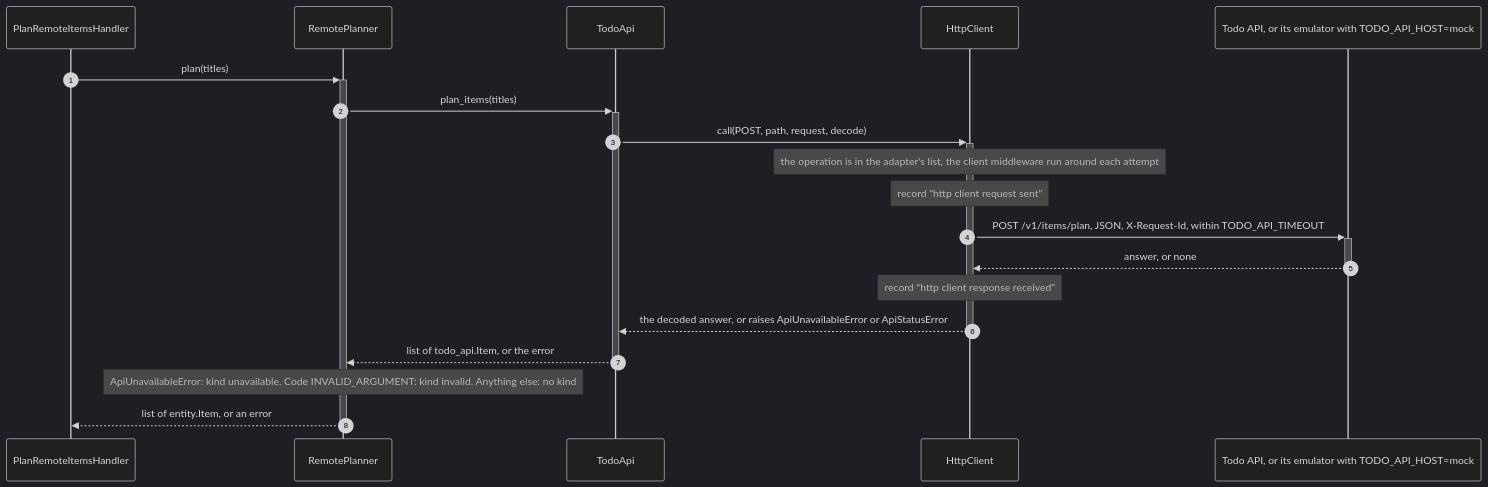
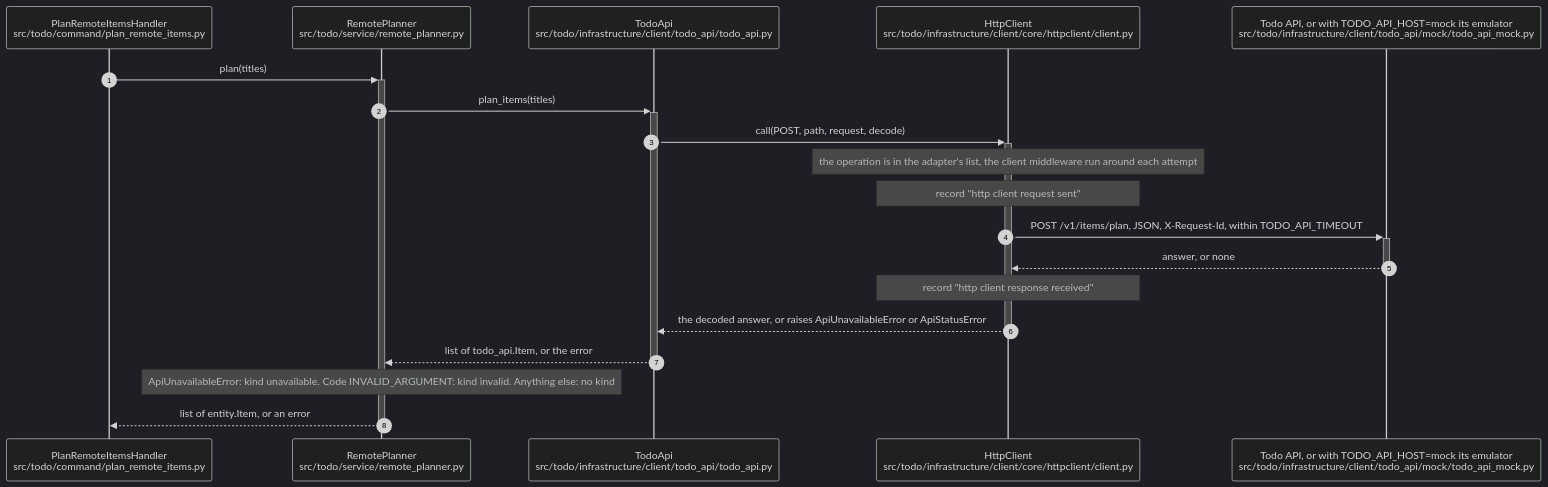
One commit to InsonusK/ai-skills changed the diagram in library/architecture/python/vp-http-client-in-python.skill/diagrams/example-flow.mmd. Above: the diagram before and after it, drawn with Mermaid (dark theme). The commit also changed 9 other files, not shown here.

Commit message:
vp-diagrams: each participant of a sequence names its real class and its file

```diff
--- a/library/architecture/python/vp-http-client-in-python.skill/diagrams/example-flow.mmd
+++ b/library/architecture/python/vp-http-client-in-python.skill/diagrams/example-flow.mmd
@@ -1,20 +1,20 @@
 sequenceDiagram
     autonumber
-    participant Handler as PlanRemoteItemsHandler
-    participant Service as RemotePlanner
-    participant Adapter as TodoApi
-    participant Client as HttpClient
-    participant API as Todo API, or its emulator with TODO_API_HOST=mock
+    participant Handler as PlanRemoteItemsHandler<br/>src/todo/command/plan_remote_items.py
+    participant Service as RemotePlanner<br/>src/todo/service/remote_planner.py
+    participant Adapter as TodoApi<br/>src/todo/infrastructure/client/todo_api/todo_api.py
+    participant Client as HttpClient<br/>src/todo/infrastructure/client/core/httpclient/client.py
+    participant API as Todo API, or with TODO_API_HOST=mock its emulator<br/>src/todo/infrastructure/client/todo_api/mock/todo_api_mock.py
 
     Handler->>+Service: plan(titles)
     Service->>+Adapter: plan_items(titles)
     Adapter->>+Client: call(POST, path, request, decode)
     Note over Client: the operation is in the adapter's list, the client middleware run around each attempt
     Note over Client: record "http client request sent"
     Client->>+API: POST /v1/items/plan, JSON, X-Request-Id, within TODO_API_TIMEOUT
     API-->>-Client: answer, or none
     Note over Client: record "http client response received"
     Client-->>-Adapter: the decoded answer, or raises ApiUnavailableError or ApiStatusError
     Adapter-->>-Service: list of todo_api.Item, or the error
     Note over Service: ApiUnavailableError: kind unavailable. Code INVALID_ARGUMENT: kind invalid. Anything else: no kind
     Service-->>-Handler: list of entity.Item, or an error
```
